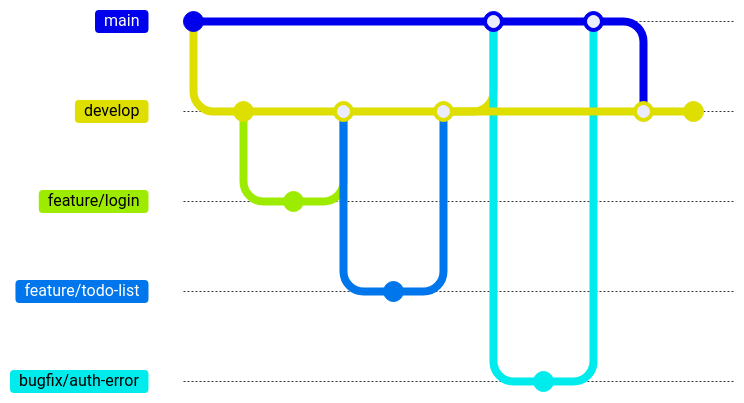
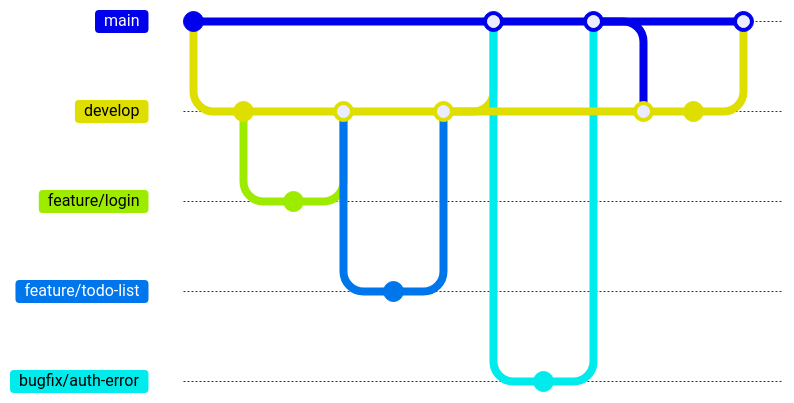
Before and after one commit to personal-cpa/personal_cpa_back: the diagram in README.md, drawn with Mermaid. Commit ids are hidden.

````diff
--- a/README.md
+++ b/README.md
@@ -106,27 +106,29 @@
 ```mermaid
 gitGraph
     commit
     branch develop
     checkout develop
     commit
     branch feature/login
     checkout feature/login
     commit
     checkout develop
     merge feature/login
     branch feature/todo-list
     checkout feature/todo-list
     commit
     checkout develop
     merge feature/todo-list
     checkout main
     merge develop
     branch bugfix/auth-error
     checkout bugfix/auth-error
     commit
     checkout main
     merge bugfix/auth-error
     checkout develop
     merge main
     commit
+    checkout main
+    merge develop
 ```
````
